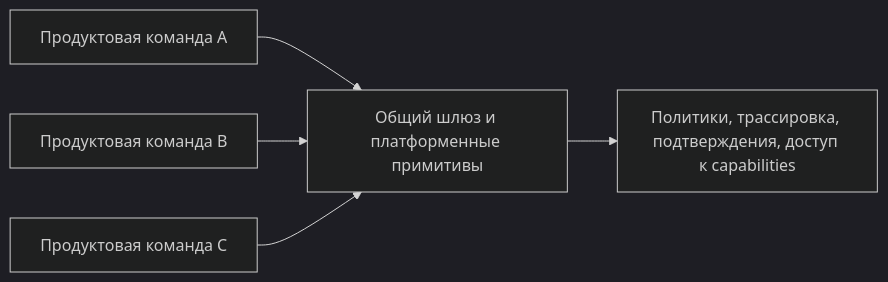
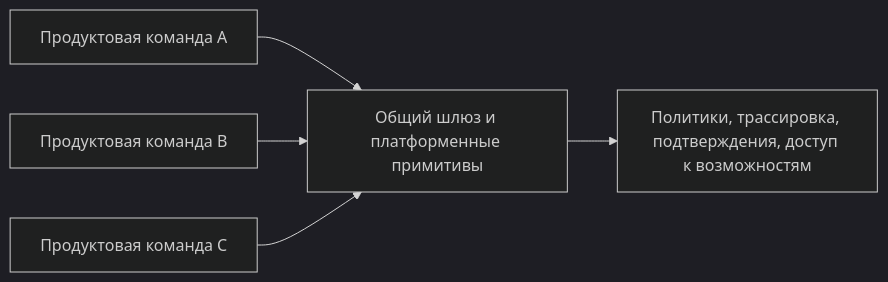
The diagram in docs/book/part-vi/chapter-15.md (agent-axiom/agent-arch), drawn with Mermaid (dark theme) before and after one commit. The commit also changed other lines of this file and 5 other files, not shown here.

````diff
--- a/docs/book/part-vi/chapter-15.md
+++ b/docs/book/part-vi/chapter-15.md
@@ -69,7 +69,7 @@
 ``` mermaid
 flowchart LR
     A["Продуктовая команда A"] --> D["Общий шлюз и платформенные примитивы"]
     B["Продуктовая команда B"] --> D
     C["Продуктовая команда C"] --> D
-    D --> E["Политики, трассировка, подтверждения, доступ к capabilities"]
+    D --> E["Политики, трассировка, подтверждения, доступ к возможностям"]
 ```
````
